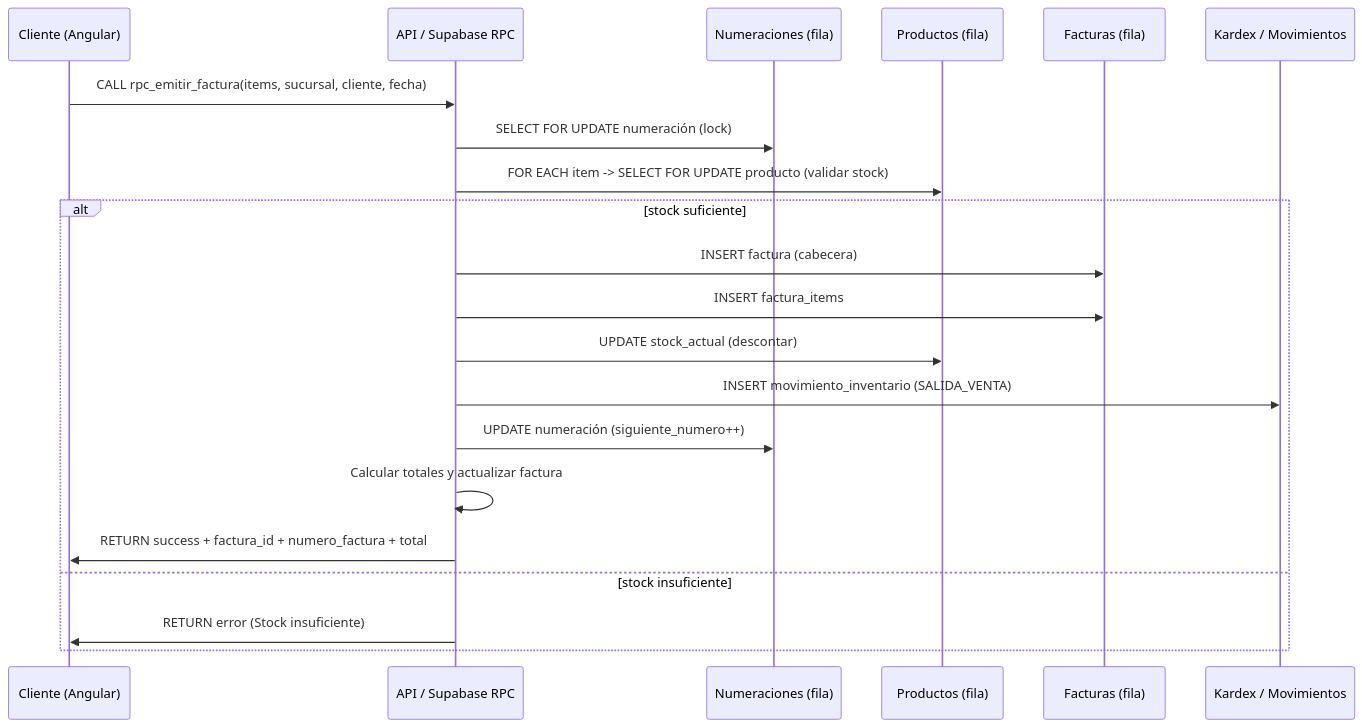
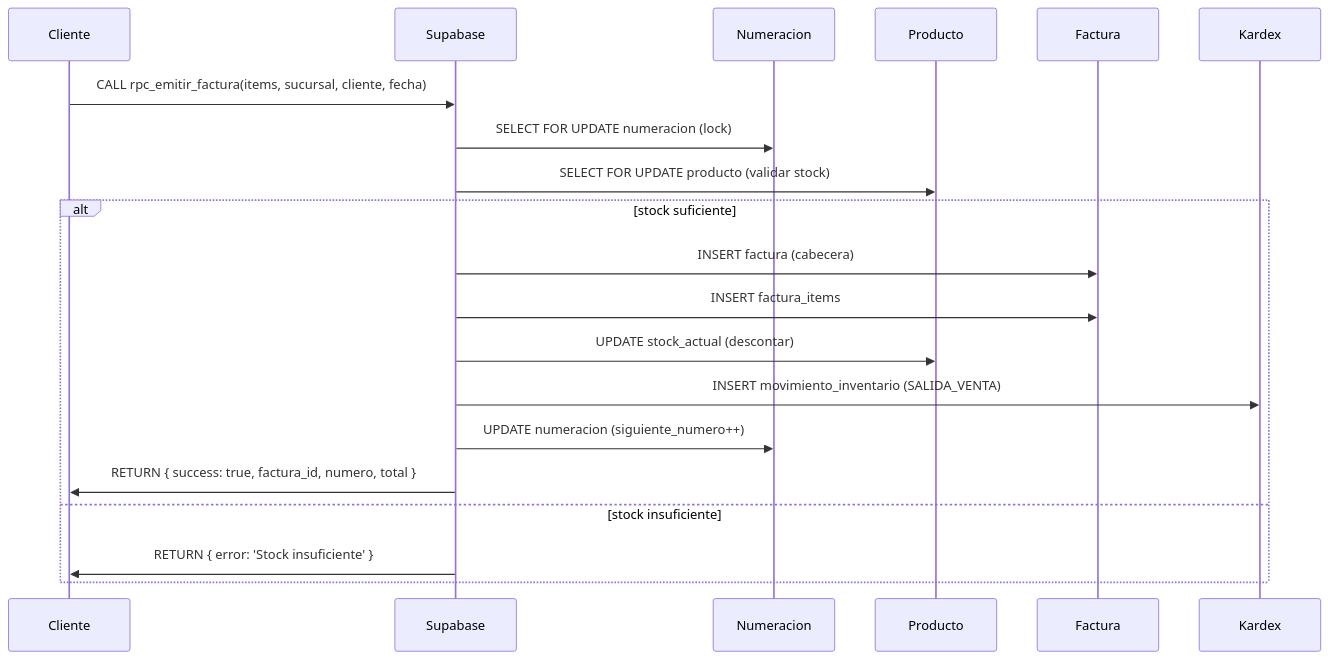
Before and after one commit to TakizawaXD/SAAS: the third of 4 diagrams in README.md, drawn with Mermaid. The commit also changed other lines of this file, not shown here.

Commit message:
README: corregir diagramas para GitHub + añadir iconos y enlaces a docs

````diff
--- a/README.md
+++ b/README.md
@@ -136,24 +122,23 @@
 ```mermaid
 sequenceDiagram
-  participant U as Cliente (Angular)
-  participant A as API / Supabase RPC
-  participant N as Numeraciones (fila)
-  participant P as Productos (fila)
-  participant F as Facturas (fila)
-  participant K as Kardex / Movimientos
+  participant Cliente
+  participant Supabase
+  participant Numeracion
+  participant Producto
+  participant Factura
+  participant Kardex
 
-  U->>A: CALL rpc_emitir_factura(items, sucursal, cliente, fecha)
-  A->>N: SELECT FOR UPDATE numeración (lock)
-  A->>P: FOR EACH item -> SELECT FOR UPDATE producto (validar stock)
+  Cliente->>Supabase: CALL rpc_emitir_factura(items, sucursal, cliente, fecha)
+  Supabase->>Numeracion: SELECT FOR UPDATE numeracion (lock)
+  Supabase->>Producto: SELECT FOR UPDATE producto (validar stock)
   alt stock suficiente
-    A->>F: INSERT factura (cabecera)
-    A->>F: INSERT factura_items
-    A->>P: UPDATE stock_actual (descontar)
-    A->>K: INSERT movimiento_inventario (SALIDA_VENTA)
-    A->>N: UPDATE numeración (siguiente_numero++)
-    A->>A: Calcular totales y actualizar factura
-    A->>U: RETURN success + factura_id + numero_factura + total
+    Supabase->>Factura: INSERT factura (cabecera)
+    Supabase->>Factura: INSERT factura_items
+    Supabase->>Producto: UPDATE stock_actual (descontar)
+    Supabase->>Kardex: INSERT movimiento_inventario (SALIDA_VENTA)
+    Supabase->>Numeracion: UPDATE numeracion (siguiente_numero++)
+    Supabase->>Cliente: RETURN { success: true, factura_id, numero, total }
   else stock insuficiente
-    A->>U: RETURN error (Stock insuficiente)
+    Supabase->>Cliente: RETURN { error: 'Stock insuficiente' }
   end
 ```
````
